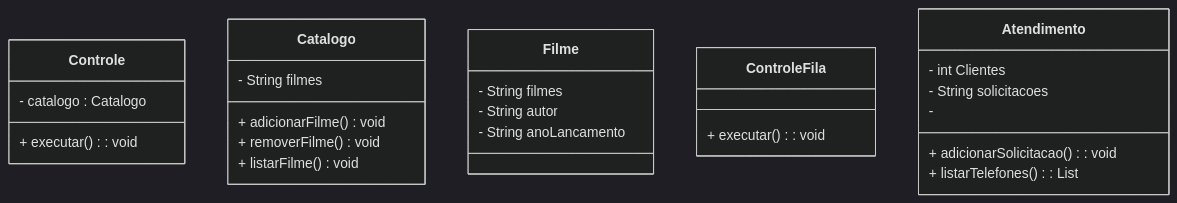
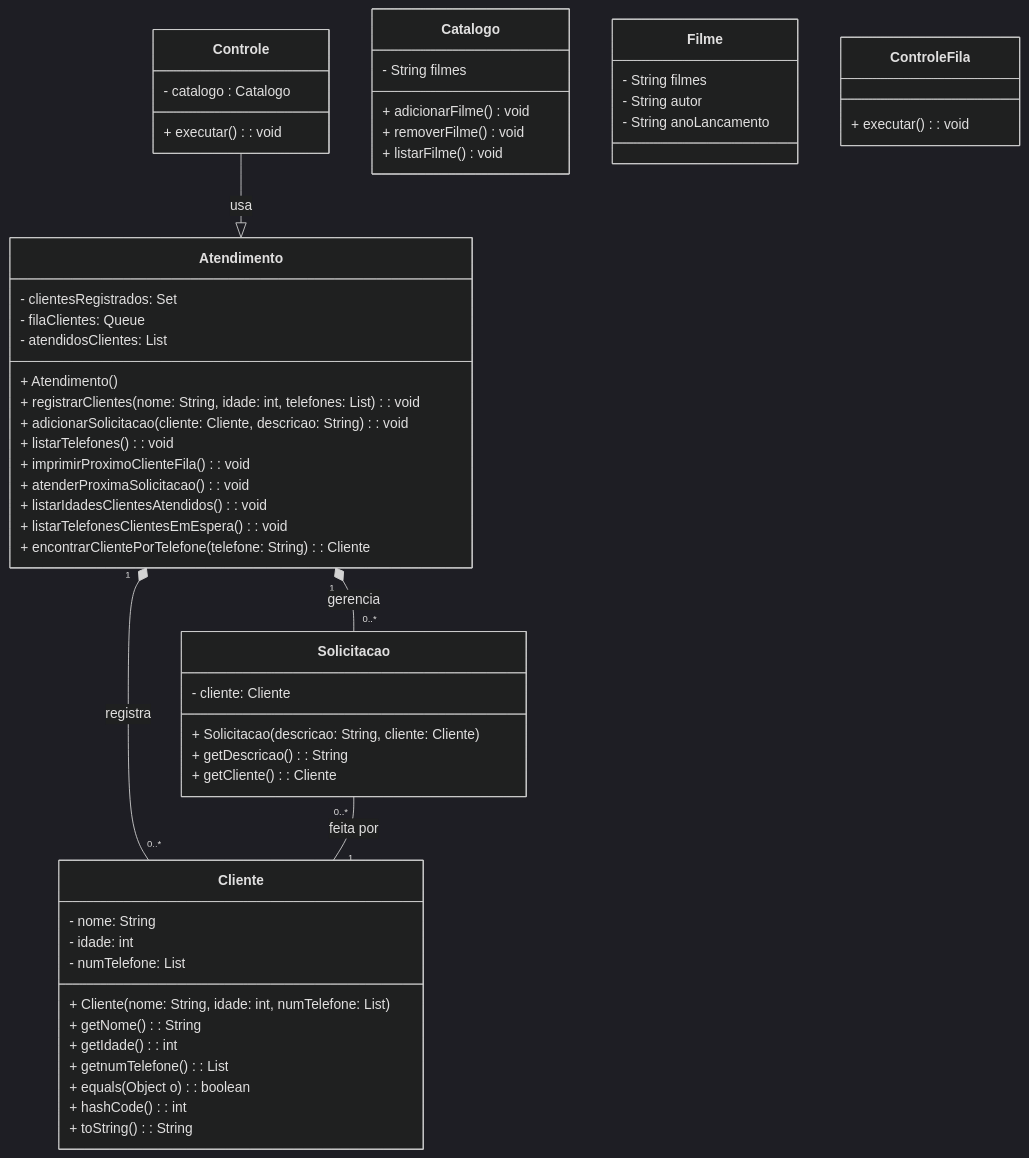
One commit to sergio-prolo-class/lista-3-correa-aragao changed the diagram in readme.md. Above: the diagram before and after it, drawn with Mermaid (dark theme). The commit also changed 2 other files, not shown here.

Commit message:
readme - andamento

````diff
--- a/readme.md
+++ b/readme.md
@@ -7,40 +7,72 @@
 ```mermaid
 classDiagram
     
     %% Catalogo de filmes
     
     class Controle {
         - catalogo : Catalogo
         + executar() : void 
     }
     
     class Catalogo {
         - String filmes
         + adicionarFilme() void
         + removerFilme() void
         + listarFilme() void
     }
     
     class Filme {
         - String filmes
         - String autor
         - String anoLancamento
     }
     
     %% Fila de atendimento.
     
     class ControleFila {
         + executar() : void
     }
     
     class Atendimento {
-        - int Clientes
-        - String solicitacoes 
-        - 
-        + adicionarSolicitacao() : void
-        + listarTelefones() : List<String>
+        - clientesRegistrados: Set<Cliente>
+        - filaClientes: Queue<Solicitacao>
+        - atendidosClientes: List<Cliente>
+        + Atendimento()
+        + registrarClientes(nome: String, idade: int, telefones: List<String>): void
+        + adicionarSolicitacao(cliente: Cliente, descricao: String): void
+        + listarTelefones(): void
+        + imprimirProximoClienteFila(): void
+        + atenderProximaSolicitacao(): void
+        + listarIdadesClientesAtendidos(): void
+        + listarTelefonesClientesEmEspera(): void
+        + encontrarClientePorTelefone(telefone: String): Cliente
     }
+    
+    class Cliente {
+        - nome: String
+        - idade: int
+        - numTelefone: List<String>
+        + Cliente(nome: String, idade: int, numTelefone: List<String>)
+        + getNome(): String
+        + getIdade(): int
+        + getnumTelefone(): List<String>
+        + equals(Object o): boolean
+        + hashCode(): int
+        + toString(): String
+    }
+    
+    class Solicitacao {
+        - cliente: Cliente
+        + Solicitacao(descricao: String, cliente: Cliente)
+        + getDescricao(): String
+        + getCliente(): Cliente
+    }
+
+    Controle --|> Atendimento : usa
+    Atendimento "1" *-- "0..*" Cliente : registra
+    Atendimento "1" *-- "0..*" Solicitacao : gerencia
+    Solicitacao "0..*" -- "1" Cliente : feita por
         
         
 
 ```
````
